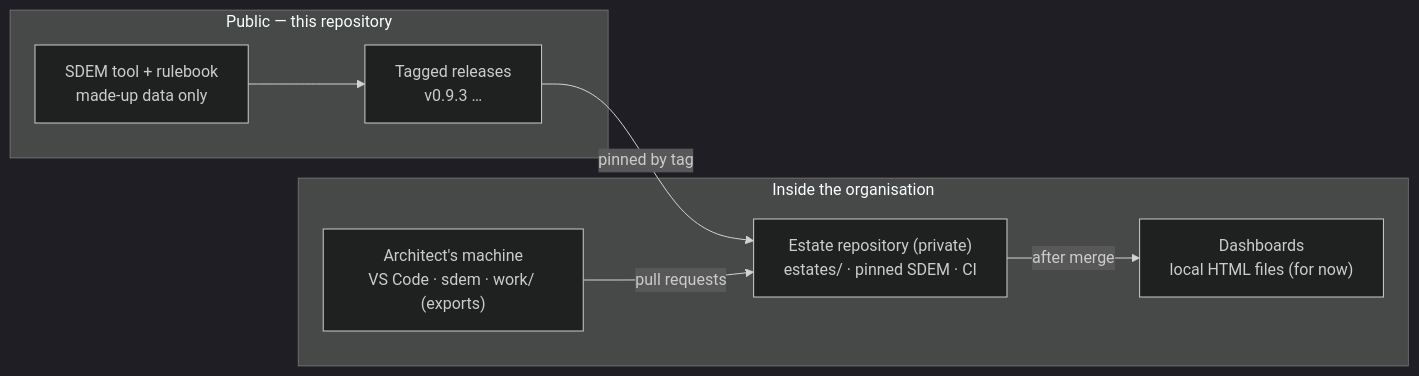
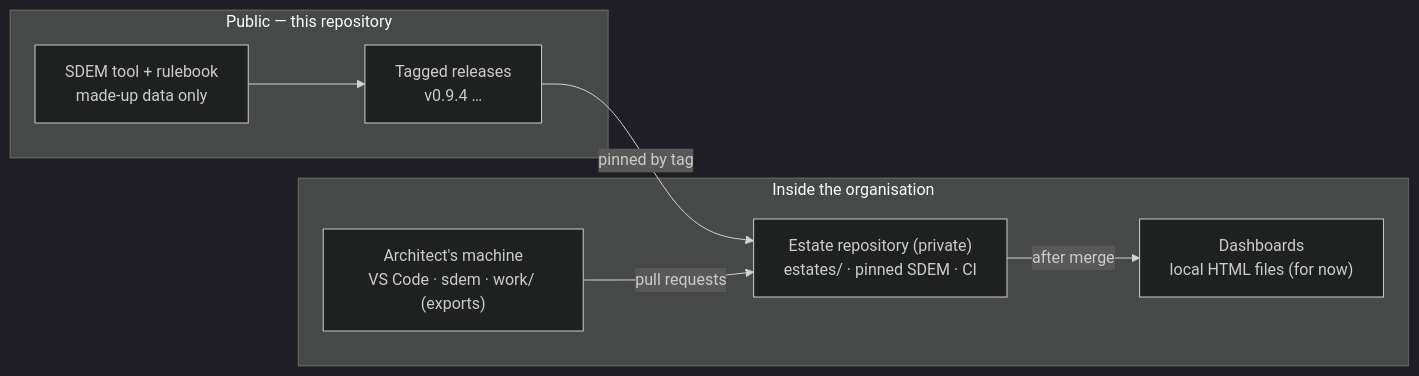
One commit to taumoeps/bian-sdem-framework changed the diagram in docs/sdem-operating-model.md. Above: the diagram before and after it, drawn with Mermaid (dark theme). The commit also changed other lines of this file and 31 other files, not shown here.

````diff
--- a/docs/sdem-operating-model.md
+++ b/docs/sdem-operating-model.md
@@ -7,14 +7,14 @@
 ```mermaid
 flowchart LR
     subgraph PUB["Public — this repository"]
-      T["SDEM tool + rulebook<br/>made-up data only"] --> REL["Tagged releases<br/>v0.9.3 …"]
+      T["SDEM tool + rulebook<br/>made-up data only"] --> REL["Tagged releases<br/>v0.9.4 …"]
     end
     subgraph ORG["Inside the organisation"]
       ER["Estate repository (private)<br/>estates/ · pinned SDEM · CI"]
       WS["Architect's machine<br/>VS Code · sdem · work/ (exports)"]
       H["Dashboards<br/>local HTML files (for now)"]
     end
     REL -- "pinned by tag" --> ER
     WS -- "pull requests" --> ER
     ER -- "after merge" --> H
 ```
````
